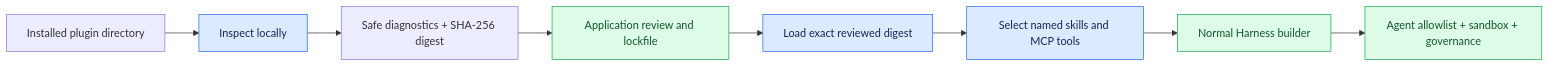
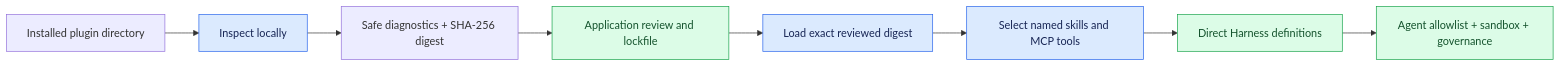
Before and after one commit to puristajs/purista: the diagram in web/src/content/handbook-cards/harness/agent-plugins.mdx, drawn with Mermaid. The commit also changed other lines of this file and 130 other files, not shown here.

````diff
--- a/web/src/content/handbook-cards/harness/agent-plugins.mdx
+++ b/web/src/content/handbook-cards/harness/agent-plugins.mdx
@@ -24,15 +24,15 @@
 ```mermaid
 flowchart LR
   package[Installed plugin directory] --> inspect[Inspect locally]
   inspect --> report[Safe diagnostics + SHA-256 digest]
   report --> review[Application review and lockfile]
   review --> load[Load exact reviewed digest]
   load --> select[Select named skills and MCP tools]
-  select --> harness[Normal Harness builder]
+  select --> harness[Direct Harness definitions]
   harness --> allowlist[Agent allowlist + sandbox + governance]
 
   classDef boundary fill:#dbeafe,stroke:#2563eb,color:#172554
   classDef application fill:#dcfce7,stroke:#16a34a,color:#14532d
   class inspect,load,select boundary
   class review,harness,allowlist application
 ```
````
